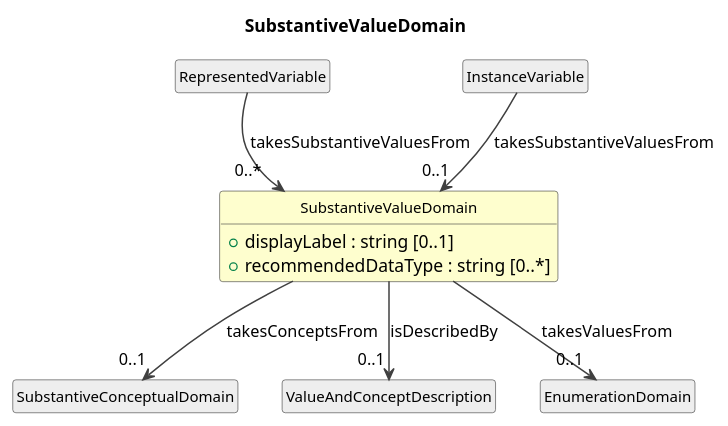
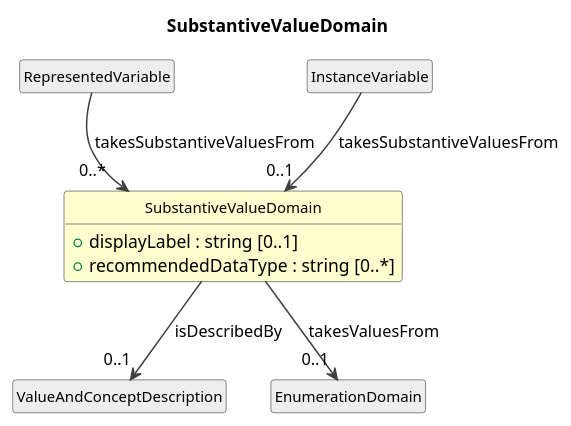
One commit to Cross-Domain-Interoperability-Framework/metadataBuildingBlocks changed the diagram in cdif-uml-model/CDIFDataStructure/Classes/SubstantiveValueDomain.pu. Above: the diagram before and after it, drawn with PlantUML. The commit also changed 72 other files, not shown here.

Commit message:
Regenerate UML model browser: ValueDomain isDescribedBy + conceptual cleanup

```diff
--- a/cdif-uml-model/CDIFDataStructure/Classes/SubstantiveValueDomain.pu
+++ b/cdif-uml-model/CDIFDataStructure/Classes/SubstantiveValueDomain.pu
@@ -1,28 +1,26 @@
 @startuml
 title SubstantiveValueDomain
 hide circle
 hide empty members
 skinparam shadowing false
 skinparam ArrowThickness 1.2
 skinparam class {
   ArrowColor #404040
   BorderColor #404040
   FontSize 12
 }
 
 class "SubstantiveValueDomain" as SubstantiveValueDomain #FEFECE {
   +displayLabel : string [0..1]
   +recommendedDataType : string [0..*]
 }
 class "RepresentedVariable" as RepresentedVariable #EEEEEE
 RepresentedVariable --> "0..*" SubstantiveValueDomain : takesSubstantiveValuesFrom
 class "InstanceVariable" as InstanceVariable #EEEEEE
 InstanceVariable --> "0..1" SubstantiveValueDomain : takesSubstantiveValuesFrom
-class "SubstantiveConceptualDomain" as SubstantiveConceptualDomain #EEEEEE
-SubstantiveValueDomain --> "0..1" SubstantiveConceptualDomain : takesConceptsFrom
 class "ValueAndConceptDescription" as ValueAndConceptDescription #EEEEEE
 SubstantiveValueDomain --> "0..1" ValueAndConceptDescription : isDescribedBy
 class "EnumerationDomain" as EnumerationDomain #EEEEEE
 SubstantiveValueDomain --> "0..1" EnumerationDomain : takesValuesFrom
 
 @enduml
```
